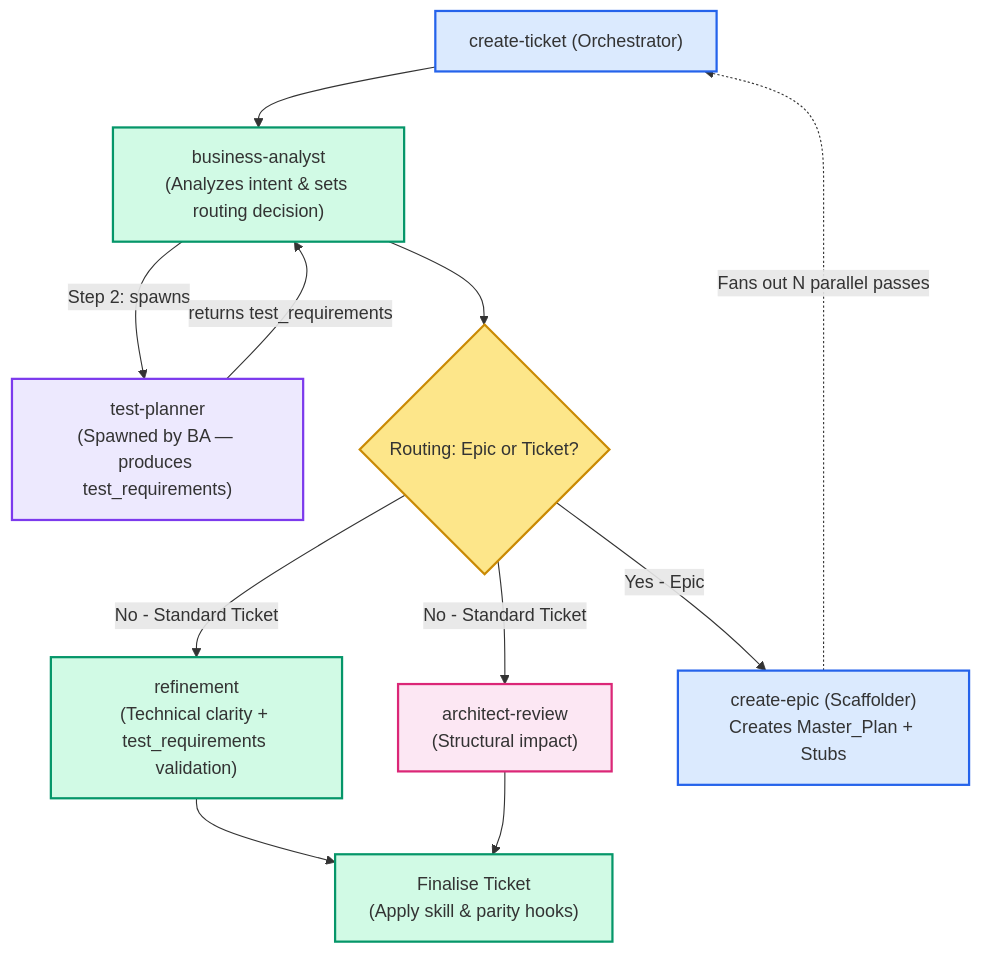
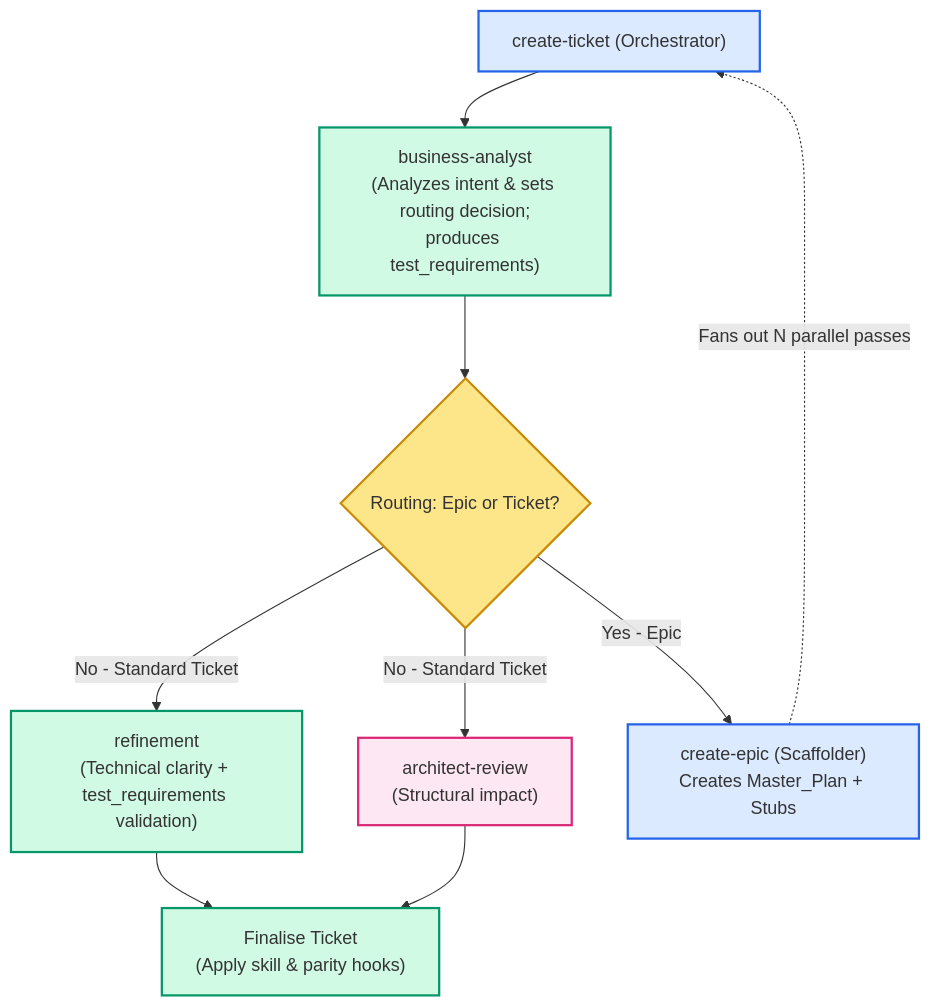
The second of 5 diagrams in docs/architecture/agent_delivery_workflows.md (urlmonitor/leafcutter-ai), drawn with Mermaid before and after one commit. The commit also changed other lines of this file and 3 other files, not shown here.

````diff
--- a/docs/architecture/agent_delivery_workflows.md
+++ b/docs/architecture/agent_delivery_workflows.md
@@ -143,35 +142,31 @@
 ```mermaid
 flowchart TD
     classDef orchestrator fill:#dbeafe,stroke:#2563eb,stroke-width:2px;
     classDef worker fill:#d1fae5,stroke:#059669,stroke-width:2px;
     classDef gatekeeper fill:#fce7f3,stroke:#db2777,stroke-width:2px;
     classDef decision fill:#fde68a,stroke:#ca8a04,stroke-width:2px;
-    classDef utility fill:#ede9fe,stroke:#7c3aed,stroke-width:2px;
 
     CT_Orch["create-ticket (Orchestrator)"]:::orchestrator
     
-    BA["business-analyst<br/>(Analyzes intent & sets routing decision)"]:::worker
-    TP["test-planner<br/>(Spawned by BA — produces test_requirements)"]:::utility
+    BA["business-analyst<br/>(Analyzes intent & sets routing decision;<br/>produces test_requirements)"]:::worker
     ScaleCheck{"Routing: Epic or Ticket?"}:::decision
     
     Refine["refinement<br/>(Technical clarity + test_requirements validation)"]:::worker
     ArchRev["architect-review<br/>(Structural impact)"]:::gatekeeper
     Finalise["Finalise Ticket<br/>(Apply skill & parity hooks)"]:::worker
     
     CE_Orch["create-epic (Scaffolder)<br/>Creates Master_Plan + Stubs"]:::orchestrator
 
     CT_Orch --> BA
-    BA -->|Step 2: spawns| TP
-    TP -->|returns test_requirements| BA
     BA --> ScaleCheck
     
     %% Small flow
     ScaleCheck -->|No - Standard Ticket| Refine
     ScaleCheck -->|No - Standard Ticket| ArchRev
     Refine --> Finalise
     ArchRev --> Finalise
     
     %% Large flow
     ScaleCheck -->|Yes - Epic| CE_Orch
     CE_Orch -. "Fans out N parallel passes" .-> CT_Orch
 ```
````
